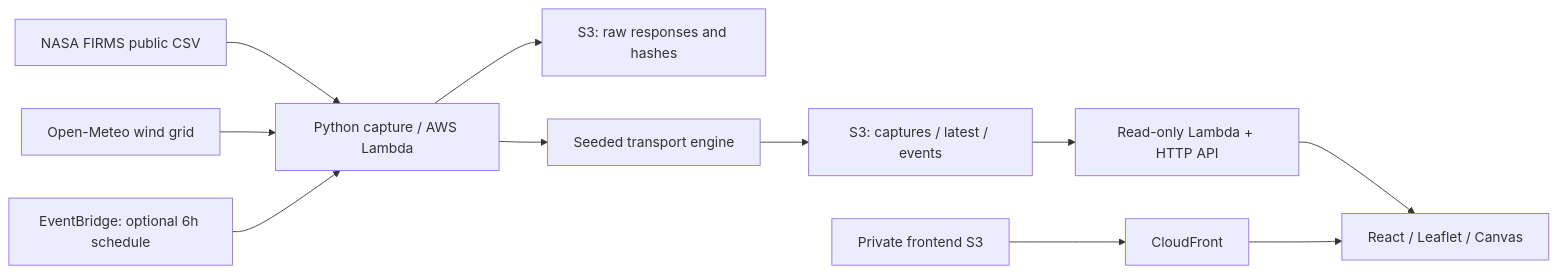
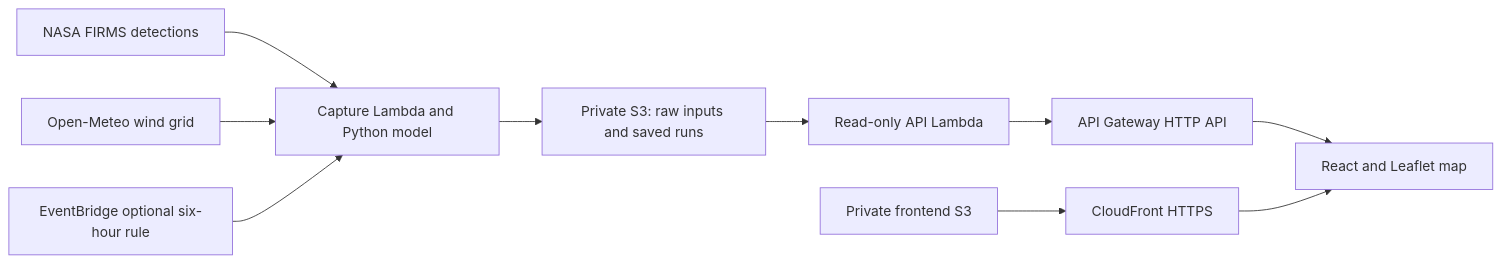
Before and after one commit to Roopalgn/aws-envhacks: the diagram in README.md, drawn with Mermaid. The commit also changed other lines of this file and 10 other files, not shown here.

````diff
--- a/README.md
+++ b/README.md
@@ -61,13 +45,12 @@
 ```mermaid
 flowchart LR
-  F[NASA FIRMS public CSV] --> I[Python capture / AWS Lambda]
+  F[NASA FIRMS detections] --> I[Capture Lambda and Python model]
   W[Open-Meteo wind grid] --> I
-  E[EventBridge: optional 6h schedule] --> I
-  I --> R[S3: raw responses and hashes]
-  I --> M[Seeded transport engine]
-  M --> S[S3: captures / latest / events]
-  S --> A[Read-only Lambda + HTTP API]
-  A --> U[React / Leaflet / Canvas]
-  B[Private frontend S3] --> C[CloudFront]
+  E[EventBridge optional six-hour rule] --> I
+  I --> S[Private S3: raw inputs and saved runs]
+  S --> A[Read-only API Lambda]
+  A --> G[API Gateway HTTP API]
+  G --> U[React and Leaflet map]
+  B[Private frontend S3] --> C[CloudFront HTTPS]
   C --> U
 ```
````
